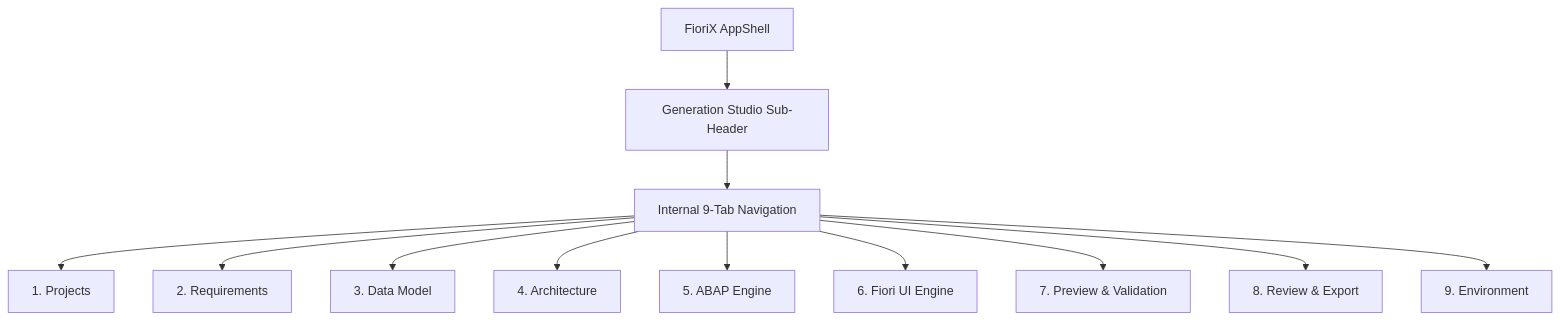
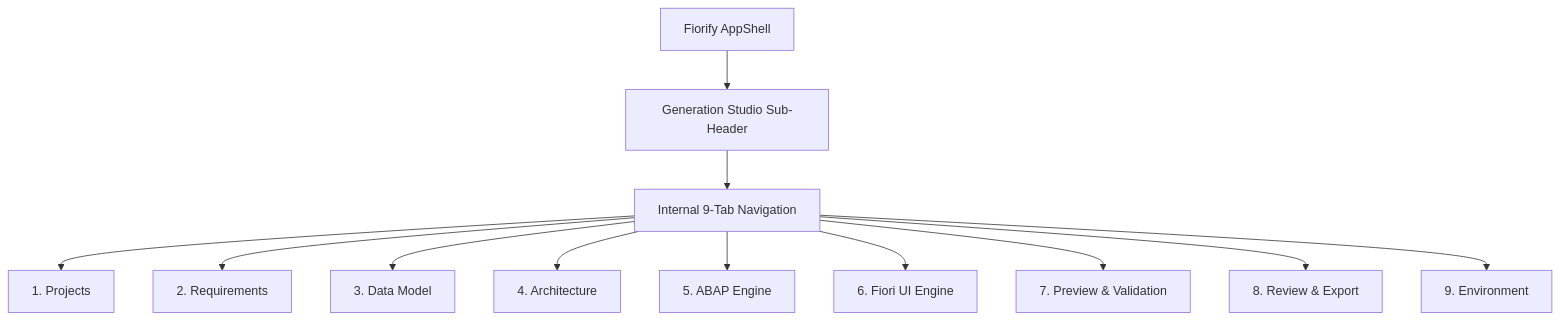
The diagram in docs/generation/design/GENERATION_STUDIO_UI_UX_SPECIFICATION.md (samarth092005/Firorix), drawn with Mermaid before and after one commit. The commit also changed other lines of this file and 395 other files, not shown here.

Commit message:
feat: Generation Studio UI redesign, dynamic SAP FAL matching & assessment enhancements

````diff
--- a/docs/generation/design/GENERATION_STUDIO_UI_UX_SPECIFICATION.md
+++ b/docs/generation/design/GENERATION_STUDIO_UI_UX_SPECIFICATION.md
@@ -38,14 +38,14 @@
 ```mermaid
 graph TD
-    Shell[FioriX AppShell] --> StudioHeader[Generation Studio Sub-Header]
+    Shell[Fiorify AppShell] --> StudioHeader[Generation Studio Sub-Header]
     StudioHeader --> NavTabs[Internal 9-Tab Navigation]
     NavTabs --> Tab1[1. Projects]
     NavTabs --> Tab2[2. Requirements]
     NavTabs --> Tab3[3. Data Model]
     NavTabs --> Tab4[4. Architecture]
     NavTabs --> Tab5[5. ABAP Engine]
     NavTabs --> Tab6[6. Fiori UI Engine]
     NavTabs --> Tab7[7. Preview & Validation]
     NavTabs --> Tab8[8. Review & Export]
     NavTabs --> Tab9[9. Environment]
 ```
````
